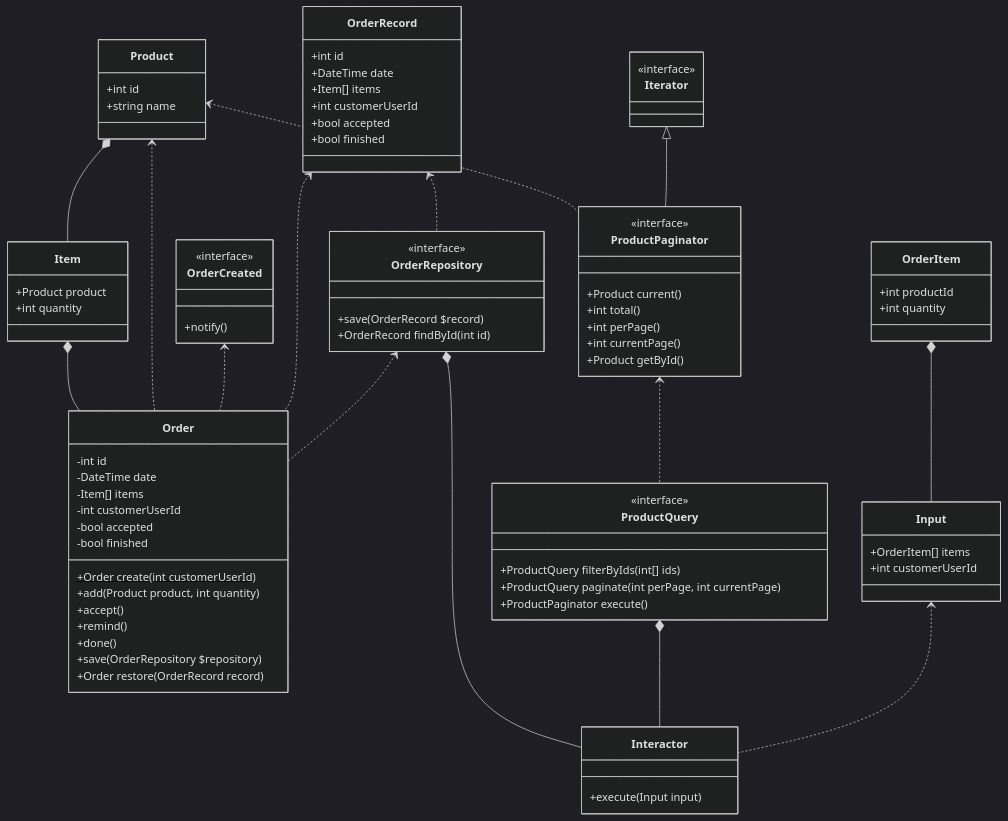
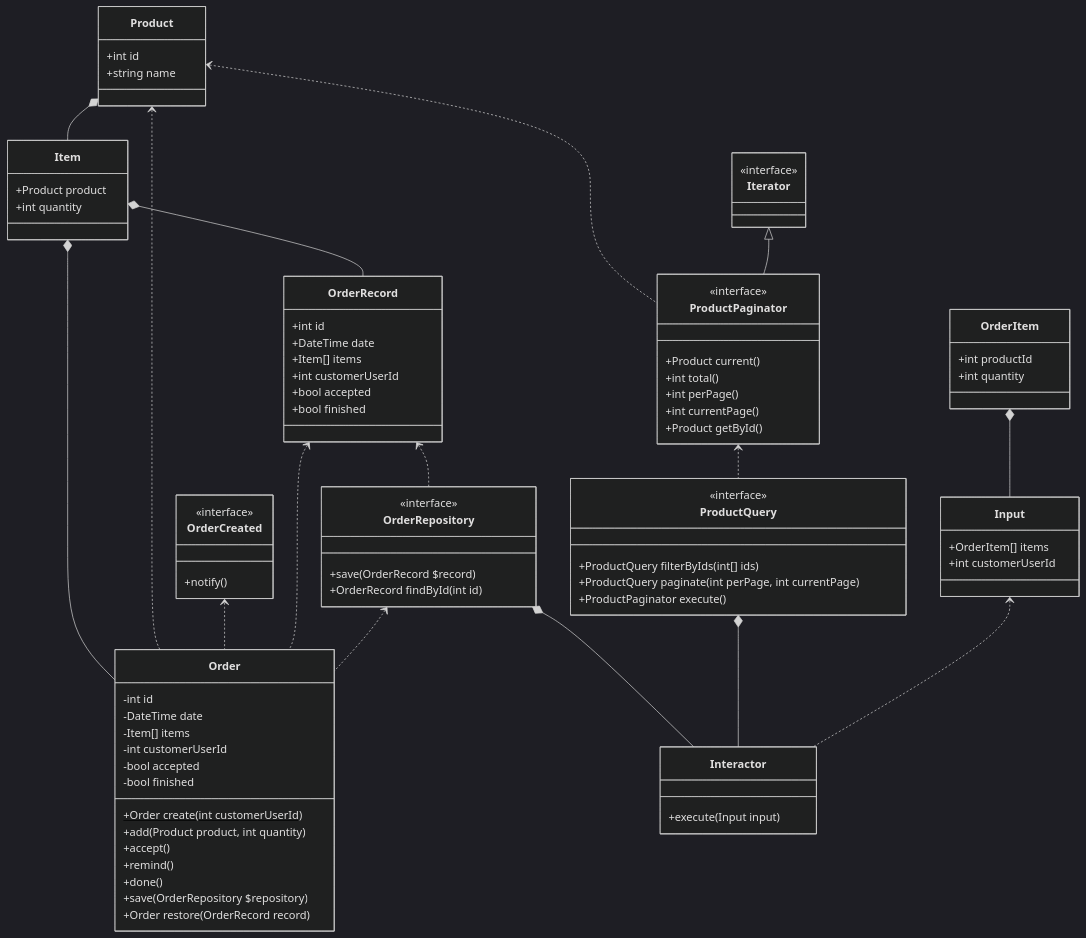
Before and after one commit to youhei-ushio/nicoshop: the diagram in README.md, drawn with Mermaid (dark theme).

Commit message:
fix class diagram

```diff
--- a/README.md
+++ b/README.md
@@ -14,6 +14,7 @@
     Product <.. Order
     OrderCreated <.. Order
     OrderRecord <.. Order
+    Item *-- OrderRecord
     OrderRepository <.. Order
     class Product{
       +int id
```
